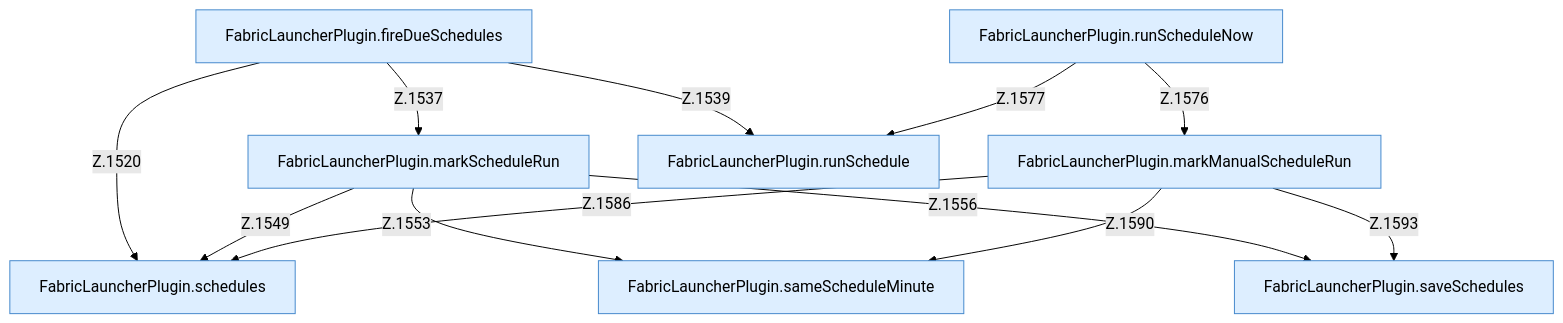
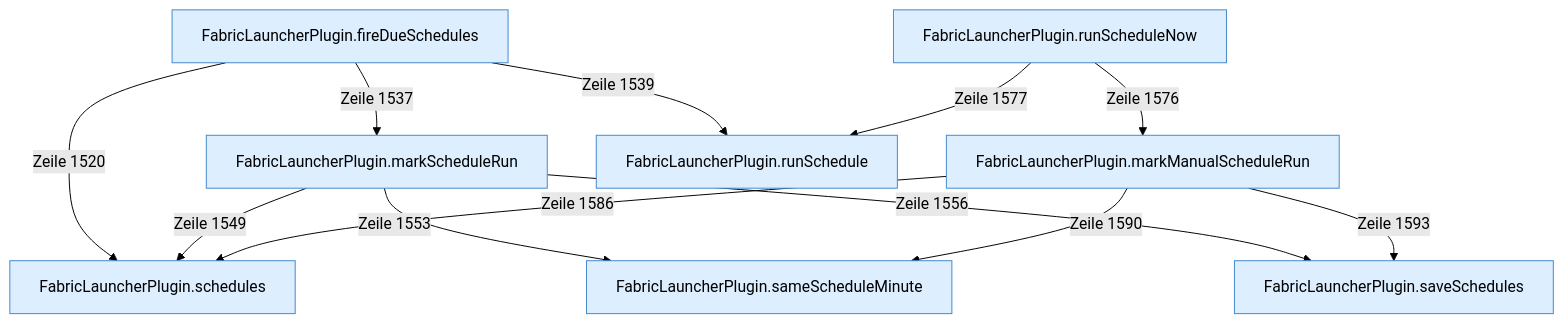
One commit to PrinceDiamant/minecraft-serverhoster-plugin changed the diagram in Schedules.md. Above: the diagram before and after it, drawn with Mermaid (forest theme). The commit also changed other lines of this file and 2005 other files, not shown here.

````diff
--- a/Schedules.md
+++ b/Schedules.md
@@ -5,24 +5,24 @@
 ```mermaid
 flowchart TD
   n1["FabricLauncherPlugin.schedules"]:::internal-link
   n2["FabricLauncherPlugin.saveSchedules"]:::internal-link
   n3["FabricLauncherPlugin.fireDueSchedules"]:::internal-link
   n4["FabricLauncherPlugin.markScheduleRun"]:::internal-link
   n5["FabricLauncherPlugin.sameScheduleMinute"]:::internal-link
   n6["FabricLauncherPlugin.runScheduleNow"]:::internal-link
   n7["FabricLauncherPlugin.markManualScheduleRun"]:::internal-link
   n8["FabricLauncherPlugin.runSchedule"]:::internal-link
-  n3 -->|"Z.1520"| n1
-  n3 -->|"Z.1537"| n4
-  n3 -->|"Z.1539"| n8
-  n4 -->|"Z.1549"| n1
-  n4 -->|"Z.1553"| n5
-  n4 -->|"Z.1556"| n2
-  n6 -->|"Z.1576"| n7
-  n6 -->|"Z.1577"| n8
-  n7 -->|"Z.1586"| n1
-  n7 -->|"Z.1590"| n5
-  n7 -->|"Z.1593"| n2
+  n3 -->|"Zeile 1520"| n1
+  n3 -->|"Zeile 1537"| n4
+  n3 -->|"Zeile 1539"| n8
+  n4 -->|"Zeile 1549"| n1
+  n4 -->|"Zeile 1553"| n5
+  n4 -->|"Zeile 1556"| n2
+  n6 -->|"Zeile 1576"| n7
+  n6 -->|"Zeile 1577"| n8
+  n7 -->|"Zeile 1586"| n1
+  n7 -->|"Zeile 1590"| n5
+  n7 -->|"Zeile 1593"| n2
   classDef internal-link fill:#ddeeff,stroke:#4488cc
   classDef befund fill:#f88
 ```
````
